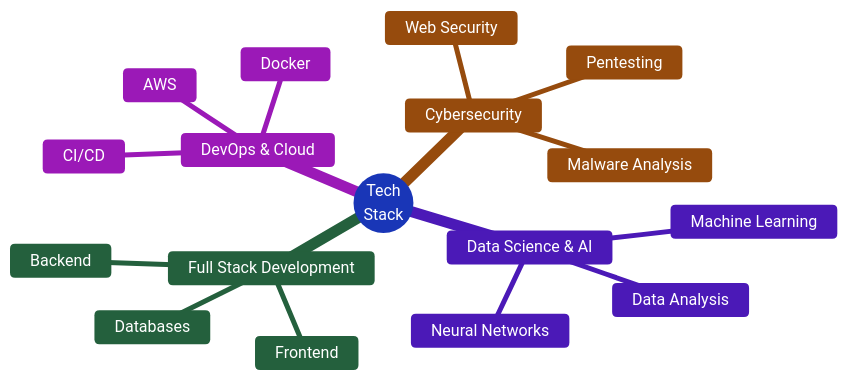
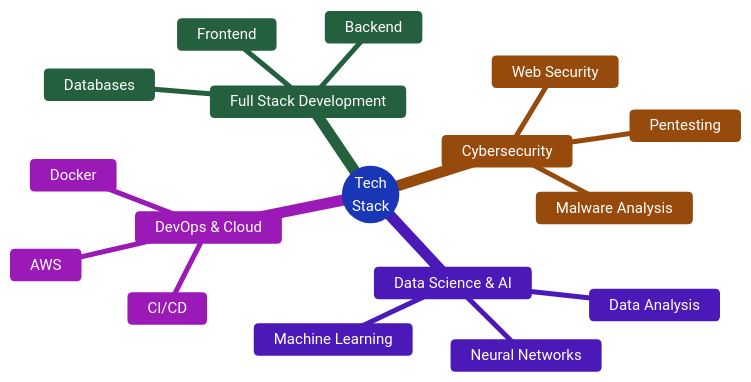
One commit to devsebastian44/Devsebastian44 changed the diagram in README.md. Above: the diagram before and after it, drawn with Mermaid.

Commit message:
Version 1

````diff
--- a/README.md
+++ b/README.md
@@ -75,21 +75,21 @@
 ```mermaid
-%%{init: {'theme':'base', 'themeVariables': { 'primaryColor':'#667EEA','primaryTextColor':'#FFF','primaryBorderColor':'#5A67D8','lineColor':'#4299E1','secondaryColor':'#48BB78','tertiaryColor':'#ED8936','quaternaryColor':'#9F7AEA','fontSize':'16px','fontFamily':'Arial, sans-serif'}}}%%
+%%{init: {'theme':'base', 'themeVariables': { 'primaryColor':'#667EEA','primaryTextColor':'#FFF','primaryBorderColor':'#5A67D8','lineColor':'#4299E1','secondaryColor':'#48BB78','tertiaryColor':'#ED8936','quaternaryColor':'#9F7AEA','fontSize':'15px','fontFamily':'Aldrich, sans-serif'}}}%%
 mindmap
   root((Tech<br/>Stack))
     Full Stack Development
       Frontend
       Backend
       Databases
     Cybersecurity
       Pentesting
       Malware Analysis
       Web Security
     Data Science & AI
       Machine Learning
       Data Analysis
       Neural Networks
     DevOps & Cloud
       Docker
       AWS
       CI/CD
 ```
````
